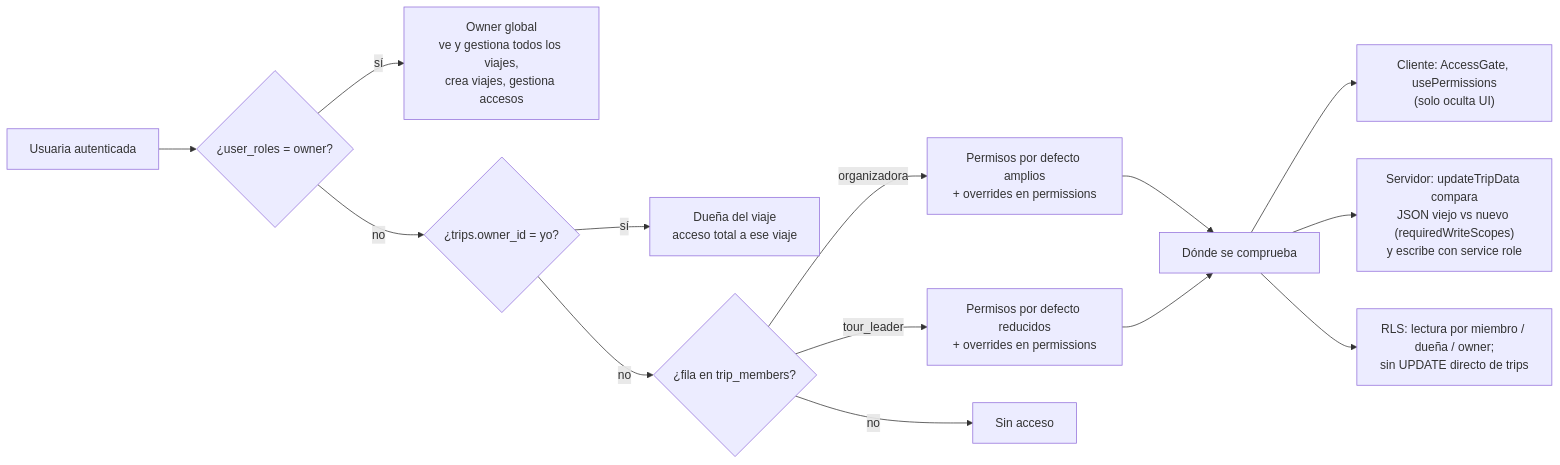
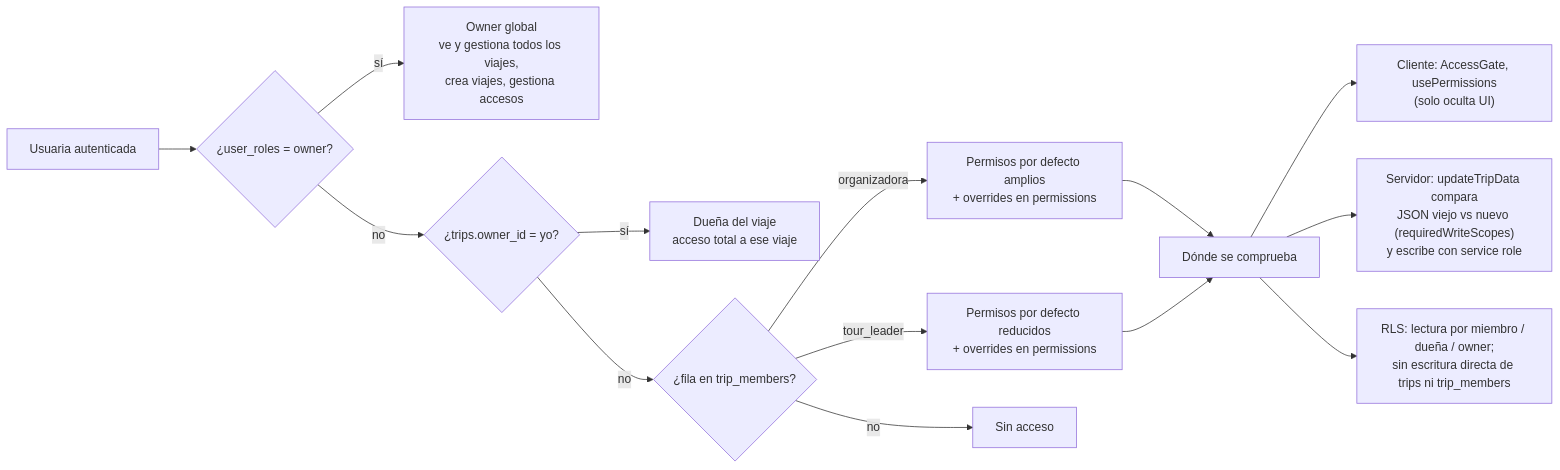
Before and after one commit to gaby26203/planeii: the fourth of 5 diagrams in docs/arquitectura.md, drawn with Mermaid. The commit also changed 6 other files, not shown here.

````diff
--- a/docs/arquitectura.md
+++ b/docs/arquitectura.md
@@ -206,16 +206,16 @@
 ```mermaid
 flowchart LR
   U["Usuaria autenticada"] --> Q1{"¿user_roles = owner?"}
   Q1 -->|sí| OWN["Owner global<br/>ve y gestiona todos los viajes,<br/>crea viajes, gestiona accesos"]
   Q1 -->|no| Q2{"¿trips.owner_id = yo?"}
   Q2 -->|sí| DUE["Dueña del viaje<br/>acceso total a ese viaje"]
   Q2 -->|no| Q3{"¿fila en trip_members?"}
   Q3 -->|organizadora| ORGA["Permisos por defecto amplios<br/>+ overrides en permissions"]
   Q3 -->|tour_leader| TL["Permisos por defecto reducidos<br/>+ overrides en permissions"]
   Q3 -->|no| NO["Sin acceso"]
 
   ORGA & TL --> CHK["Dónde se comprueba"]
   CHK --> C1["Cliente: AccessGate, usePermissions<br/>(solo oculta UI)"]
   CHK --> C2["Servidor: updateTripData compara<br/>JSON viejo vs nuevo (requiredWriteScopes)<br/>y escribe con service role"]
-  CHK --> C3["RLS: lectura por miembro / dueña / owner;<br/>sin UPDATE directo de trips"]
+  CHK --> C3["RLS: lectura por miembro / dueña / owner;<br/>sin escritura directa de trips ni trip_members"]
 ```
````
